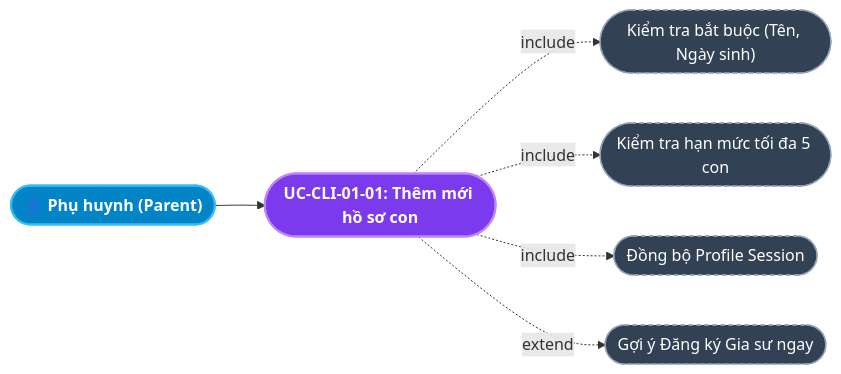
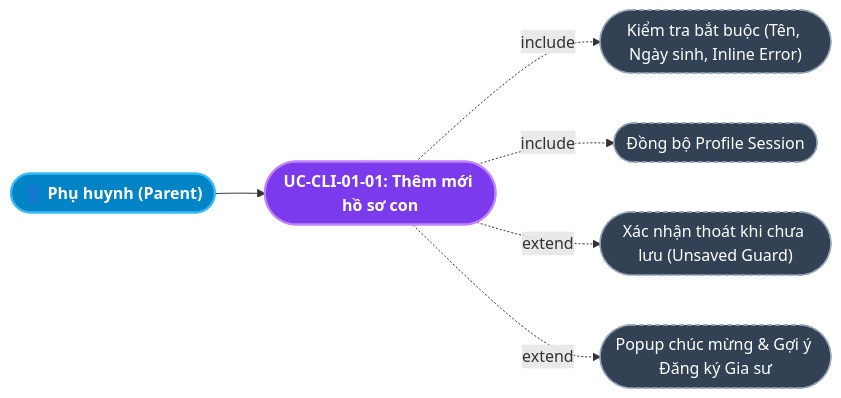
One commit to dung-0109/DATN_CRM_GIA_SU changed the first of 8 diagrams in docs/nghiep-vu/1-client-portal/01-HoSoGiaDinhVaHocSinh.md. Above: the diagram before and after it, drawn with Mermaid. The commit also changed other lines of this file and 9 other files, not shown here.

````diff
--- a/docs/nghiep-vu/1-client-portal/01-HoSoGiaDinhVaHocSinh.md
+++ b/docs/nghiep-vu/1-client-portal/01-HoSoGiaDinhVaHocSinh.md
@@ -64,19 +66,19 @@
 ```mermaid
 flowchart LR
     classDef actor fill:#0284c7,stroke:#38bdf8,stroke-width:2px,color:#ffffff,font-weight:bold;
     classDef main fill:#7c3aed,stroke:#c084fc,stroke-width:2px,color:#ffffff,font-weight:bold;
     classDef sub fill:#334155,stroke:#94a3b8,stroke-width:1.5px,color:#ffffff,stroke-dasharray: 4 4;
 
     Actor(["👤 Phụ huynh (Parent)"]):::actor
     UC(["UC-CLI-01-01: Thêm mới hồ sơ con"]):::main
-    UC_Val(["Kiểm tra bắt buộc (Tên, Ngày sinh)"]):::sub
-    UC_Quota(["Kiểm tra hạn mức tối đa 5 con"]):::sub
+    UC_Val(["Kiểm tra bắt buộc (Tên, Ngày sinh, Inline Error)"]):::sub
+    UC_Guard(["Xác nhận thoát khi chưa lưu (Unsaved Guard)"]):::sub
     UC_Sync(["Đồng bộ Profile Session"]):::sub
-    UC_Suggest(["Gợi ý Đăng ký Gia sư ngay"]):::sub
+    UC_Suggest(["Popup chúc mừng & Gợi ý Đăng ký Gia sư"]):::sub
 
     Actor --> UC
     UC -.->|include| UC_Val
-    UC -.->|include| UC_Quota
     UC -.->|include| UC_Sync
+    UC -.->|extend| UC_Guard
     UC -.->|extend| UC_Suggest
 ```
````
